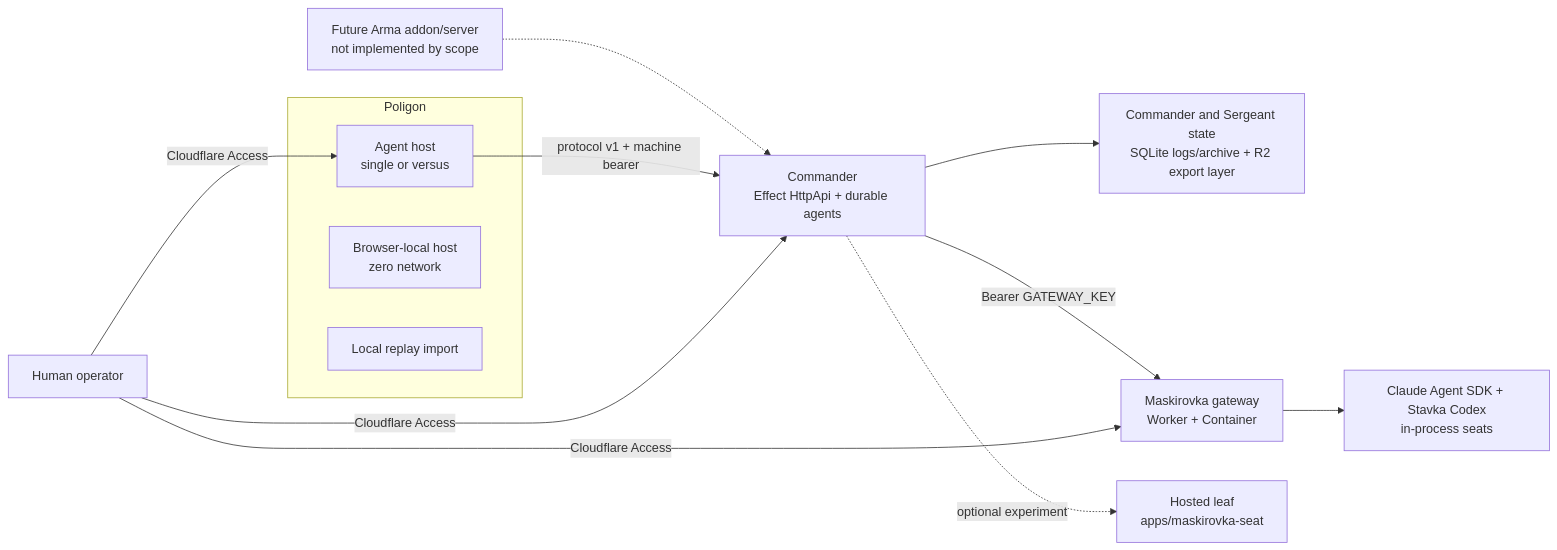
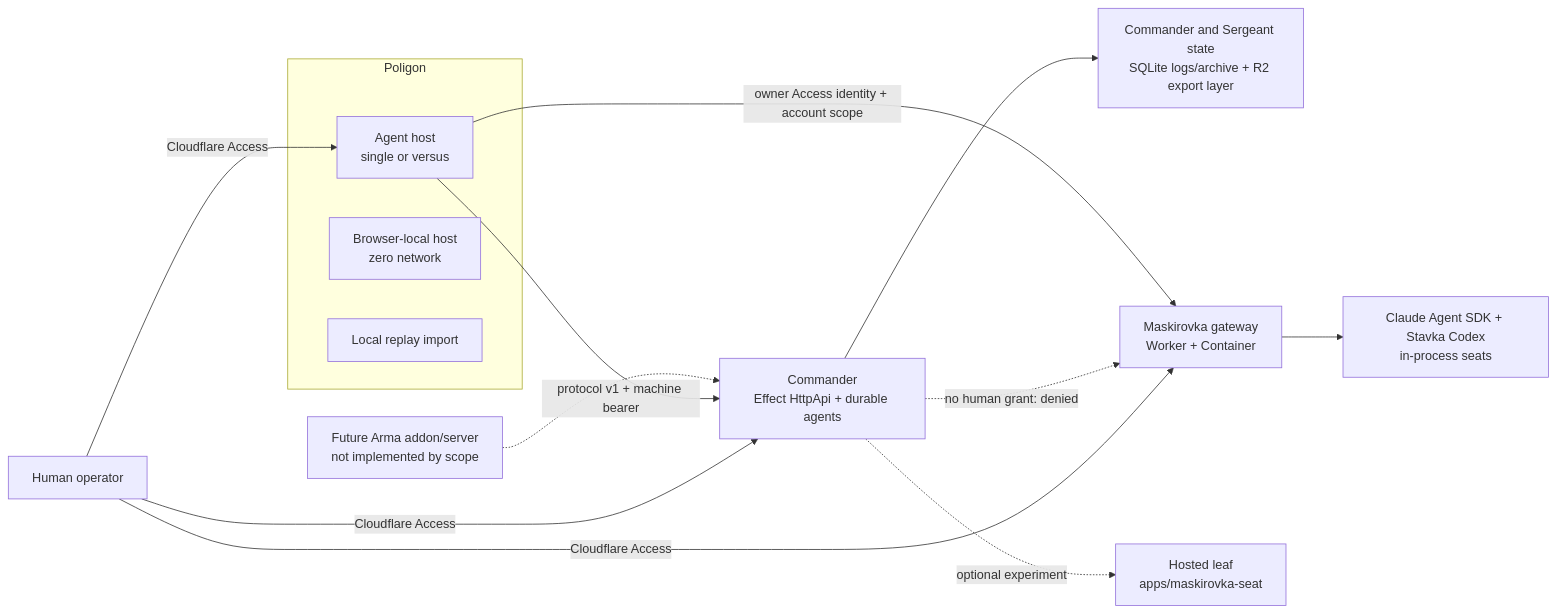
One commit to Reidond/stavka changed the diagram in docs/OPERATOR_GUIDE.md. Above: the diagram before and after it, drawn with Mermaid. The commit also changed other lines of this file and 103 other files, not shown here.

````diff
--- a/docs/OPERATOR_GUIDE.md
+++ b/docs/OPERATOR_GUIDE.md
@@ -15,18 +15,19 @@
 ```mermaid
 flowchart LR
   subgraph P["Poligon"]
     PA["Agent host<br/>single or versus"]
     PO["Browser-local host<br/>zero network"]
     PR["Local replay import"]
   end
 
   A["Future Arma addon/server<br/>not implemented by scope"] -.-> C
   PA -->|"protocol v1 + machine bearer"| C["Commander<br/>Effect HttpApi + durable agents"]
   C --> D["Commander and Sergeant state<br/>SQLite logs/archive + R2 export layer"]
-  C -->|"Bearer GATEWAY_KEY"| MG["Maskirovka gateway<br/>Worker + Container"]
+  PA -->|"owner Access identity + account scope"| MG["Maskirovka gateway<br/>Worker + Container"]
+  C -.->|"no human grant: denied"| MG
   MG --> CL["Claude Agent SDK + Stavka Codex<br/>in-process seats"]
   C -.->|"optional experiment"| MH["Hosted leaf<br/>apps/maskirovka-seat"]
   H["Human operator"] -->|"Cloudflare Access"| PA
   H -->|"Cloudflare Access"| C
   H -->|"Cloudflare Access"| MG
 ```
````
